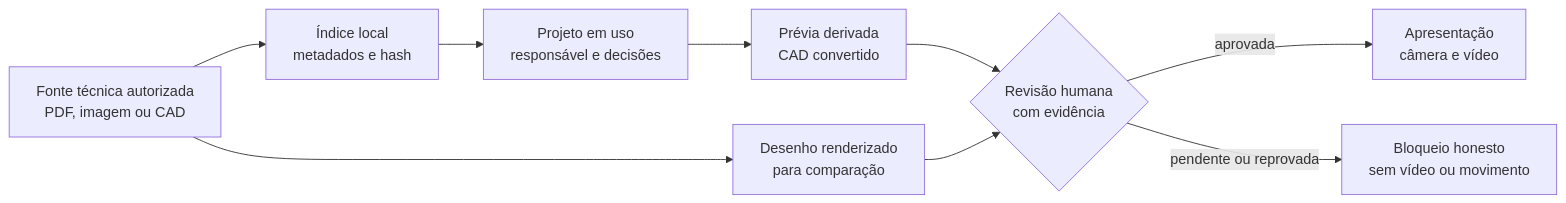
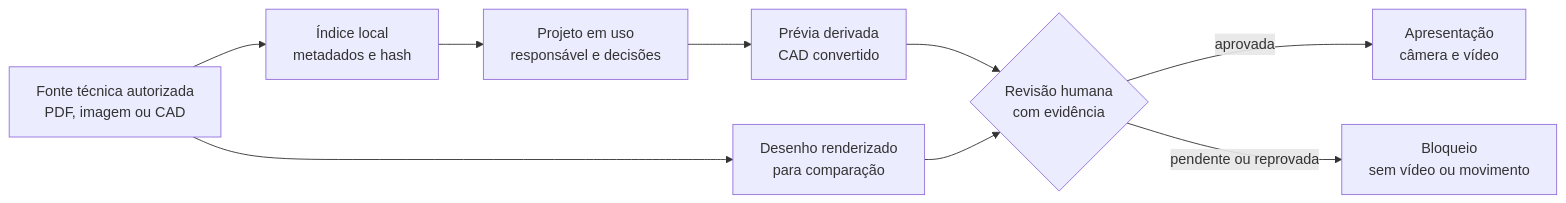
The diagram in README.md (Mayconxzdev/StudioCad), drawn with Mermaid before and after one commit. The commit also changed other lines of this file, not shown here.

````diff
--- a/README.md
+++ b/README.md
@@ -67,11 +67,11 @@
 ```mermaid
 flowchart LR
   A["Fonte técnica autorizada\nPDF, imagem ou CAD"] --> B["Índice local\nmetadados e hash"]
   B --> C["Projeto em uso\nresponsável e decisões"]
   C --> D["Prévia derivada\nCAD convertido"]
   A --> E["Desenho renderizado\npara comparação"]
   D --> F{"Revisão humana\ncom evidência"}
   E --> F
   F -->|"aprovada"| G["Apresentação\ncâmera e vídeo"]
-  F -->|"pendente ou reprovada"| H["Bloqueio honesto\nsem vídeo ou movimento"]
+  F -->|"pendente ou reprovada"| H["Bloqueio\nsem vídeo ou movimento"]
 ```
````
